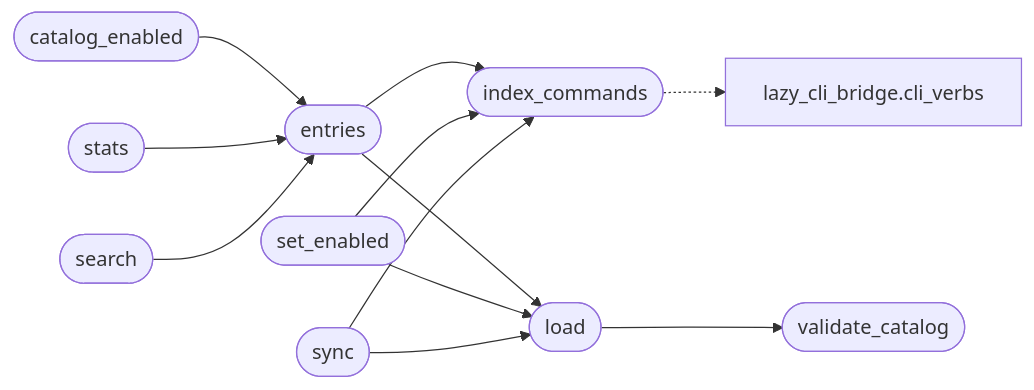
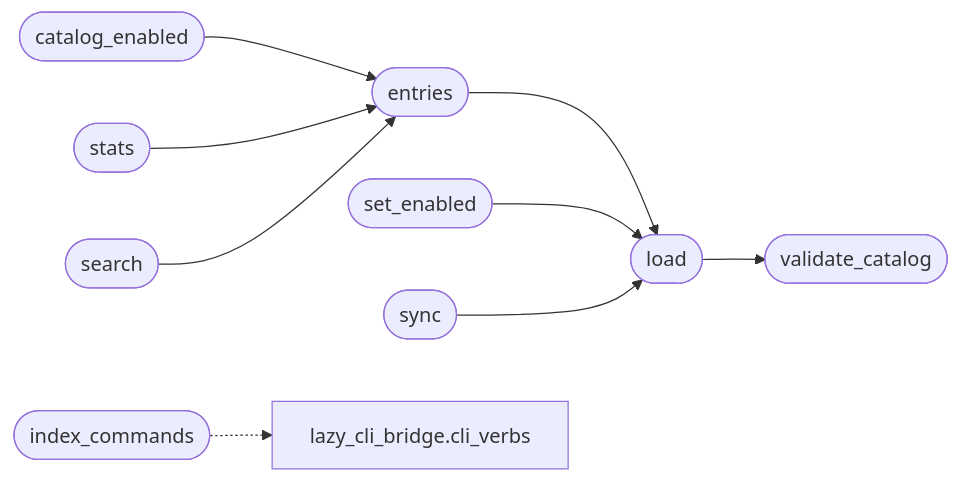
Before and after one commit to grisuno/LazyOwn: the diagram in readmenator-apidocs/modules/modules.verb_catalog.py.md, drawn with Mermaid. The commit also changed other lines of this file and 351 other files, not shown here.

````diff
--- a/readmenator-apidocs/modules/modules.verb_catalog.py.md
+++ b/readmenator-apidocs/modules/modules.verb_catalog.py.md
@@ -36,24 +36,21 @@
 ```mermaid
 flowchart LR
     n_modules_verb_catalog_py__load(["load"])
     n_modules_verb_catalog_py__validate_catalog(["validate_catalog"])
     n_modules_verb_catalog_py__entries(["entries"])
-    n_modules_verb_catalog_py__index_commands(["index_commands"])
     n_modules_verb_catalog_py__catalog_enabled(["catalog_enabled"])
     n_modules_verb_catalog_py__set_enabled(["set_enabled"])
     n_modules_verb_catalog_py__sync(["sync"])
     n_modules_verb_catalog_py__stats(["stats"])
     n_modules_verb_catalog_py__search(["search"])
+    n_modules_verb_catalog_py__index_commands(["index_commands"])
     n_modules_lazy_cli_bridge_py__cli_verbs["lazy_cli_bridge.cli_verbs"]
     n_modules_verb_catalog_py__load --> n_modules_verb_catalog_py__validate_catalog
-    n_modules_verb_catalog_py__entries --> n_modules_verb_catalog_py__index_commands
     n_modules_verb_catalog_py__entries --> n_modules_verb_catalog_py__load
     n_modules_verb_catalog_py__catalog_enabled --> n_modules_verb_catalog_py__entries
-    n_modules_verb_catalog_py__set_enabled --> n_modules_verb_catalog_py__index_commands
     n_modules_verb_catalog_py__set_enabled --> n_modules_verb_catalog_py__load
-    n_modules_verb_catalog_py__sync --> n_modules_verb_catalog_py__index_commands
     n_modules_verb_catalog_py__sync --> n_modules_verb_catalog_py__load
     n_modules_verb_catalog_py__stats --> n_modules_verb_catalog_py__entries
     n_modules_verb_catalog_py__search --> n_modules_verb_catalog_py__entries
     n_modules_verb_catalog_py__index_commands -.-> n_modules_lazy_cli_bridge_py__cli_verbs
 ```
````
